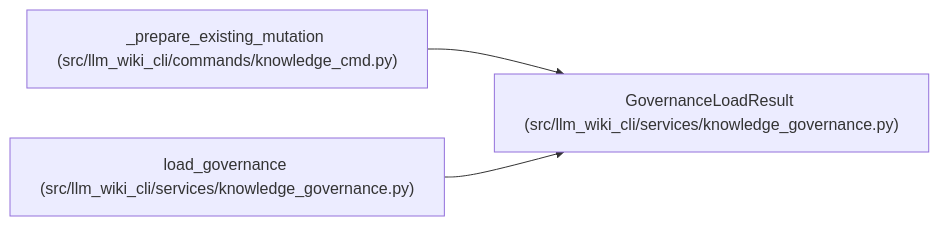
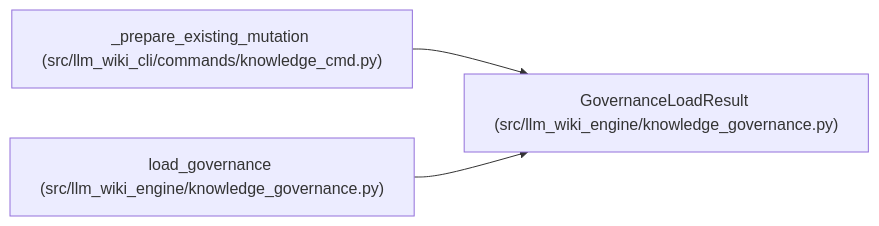
One commit to Denissvgn/python-wiki-llm changed the diagram in docs/llm_wiki/entities/GovernanceLoadResult.md. Above: the diagram before and after it, drawn with Mermaid. The commit also changed other lines of this file and 1058 other files, not shown here.

First line of the commit message:
docs: refresh the wiki for the knowledge store move

````diff
--- a/docs/llm_wiki/entities/GovernanceLoadResult.md
+++ b/docs/llm_wiki/entities/GovernanceLoadResult.md
@@ -29,11 +29,11 @@
 ```mermaid
 flowchart LR
-    n0["GovernanceLoadResult (src/llm_wiki_cli/services/knowledge_governance.py)"]
+    n0["GovernanceLoadResult (src/llm_wiki_engine/knowledge_governance.py)"]
     n1["_prepare_existing_mutation (src/llm_wiki_cli/commands/knowledge_cmd.py)"]
-    n2["load_governance (src/llm_wiki_cli/services/knowledge_governance.py)"]
+    n2["load_governance (src/llm_wiki_engine/knowledge_governance.py)"]
     n1 --> n0
     n2 --> n0
     click n0 "../modules/knowledge_governance.md"
     click n1 "../modules/knowledge_cmd.md"
     click n2 "../modules/knowledge_governance.md"
 ```
````
